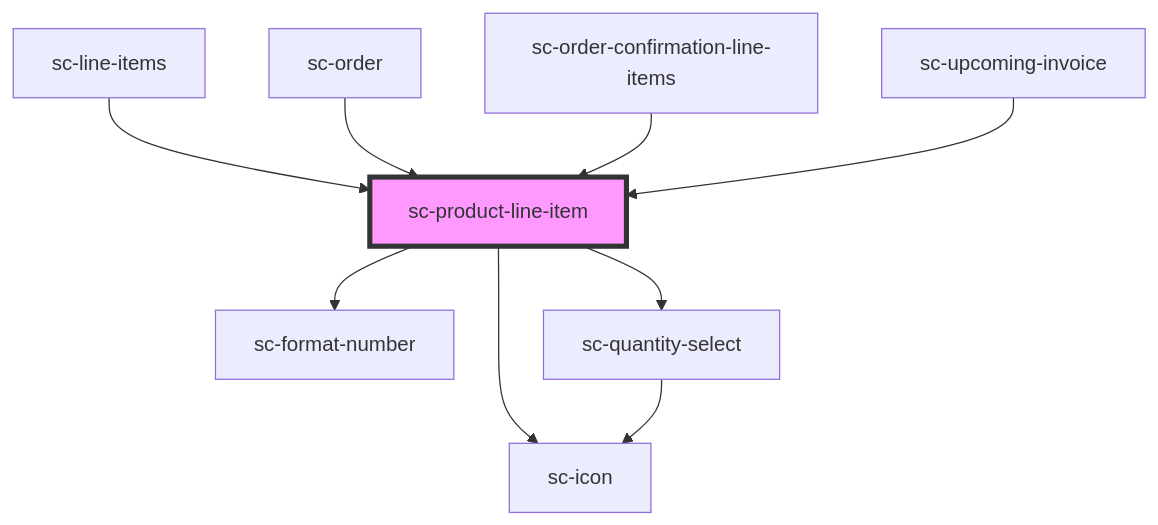
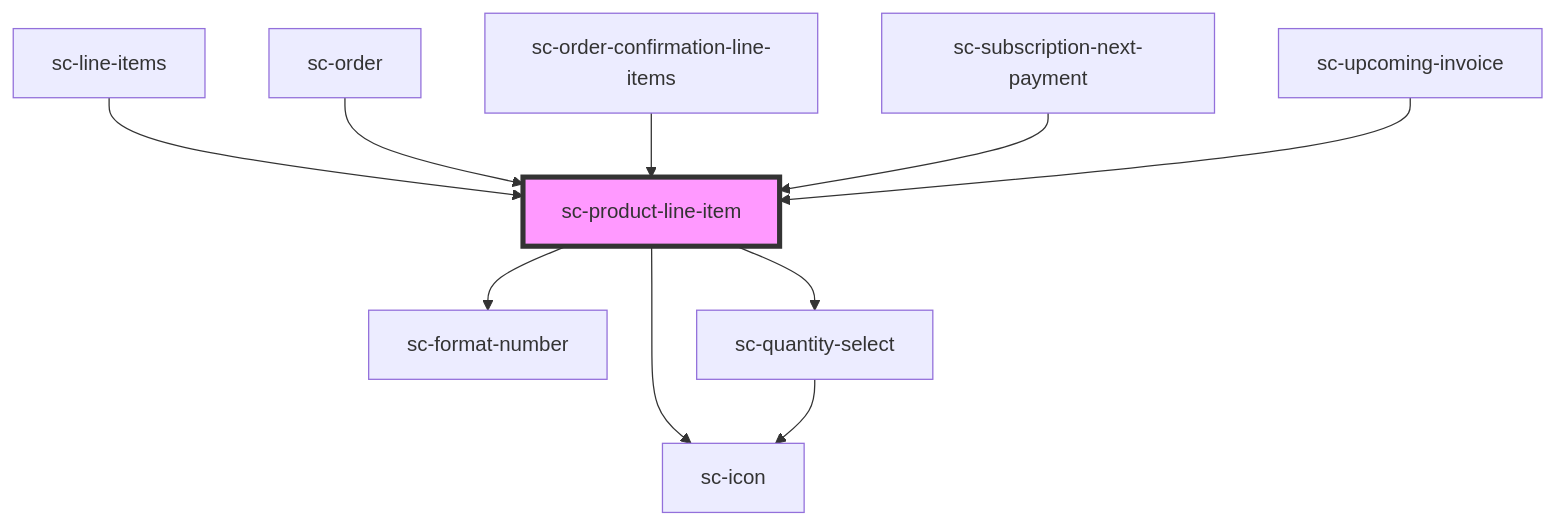
Before and after one commit to surecart/surecart-wp-plugin: the diagram in packages/components/src/components/ui/product-line-item/readme.md, drawn with Mermaid. The commit also changed other lines of this file and 44 other files, not shown here.

````diff
--- a/packages/components/src/components/ui/product-line-item/readme.md
+++ b/packages/components/src/components/ui/product-line-item/readme.md
@@ -72,12 +73,13 @@
 ```mermaid
 graph TD;
   sc-product-line-item --> sc-format-number
   sc-product-line-item --> sc-quantity-select
   sc-product-line-item --> sc-icon
   sc-quantity-select --> sc-icon
   sc-line-items --> sc-product-line-item
   sc-order --> sc-product-line-item
   sc-order-confirmation-line-items --> sc-product-line-item
+  sc-subscription-next-payment --> sc-product-line-item
   sc-upcoming-invoice --> sc-product-line-item
   style sc-product-line-item fill:#f9f,stroke:#333,stroke-width:4px
 ```
````
